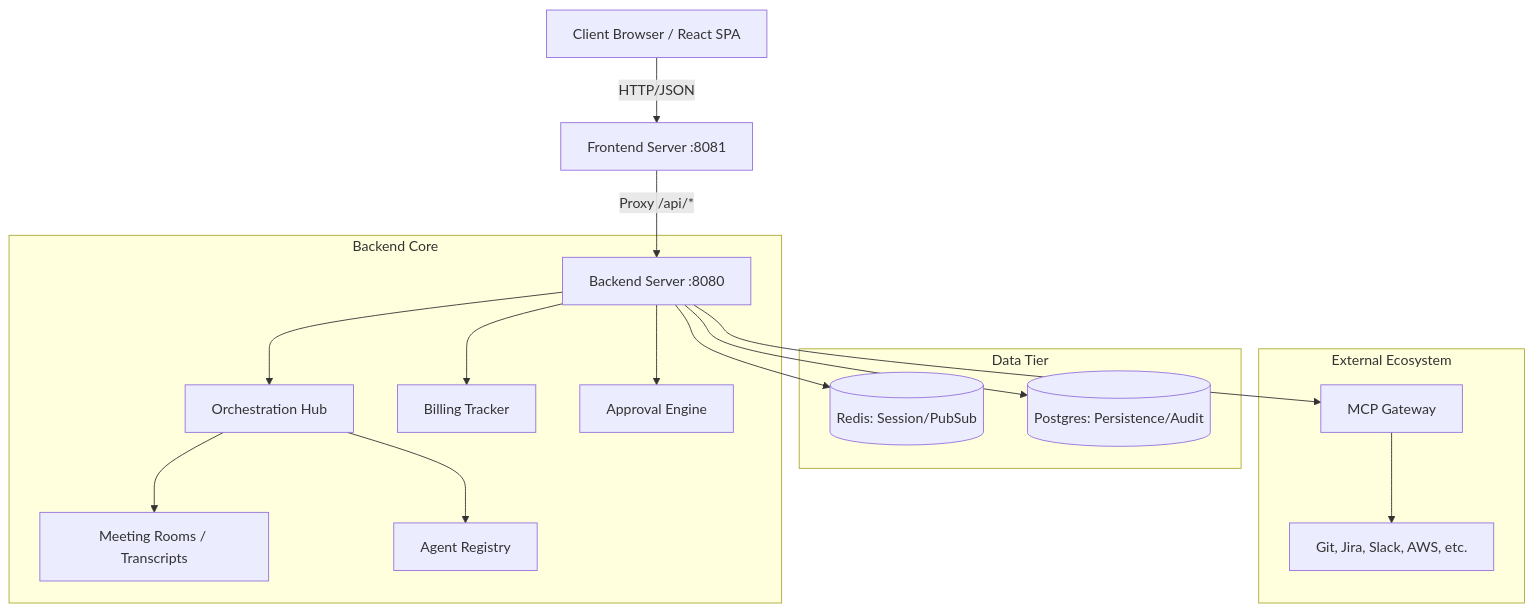
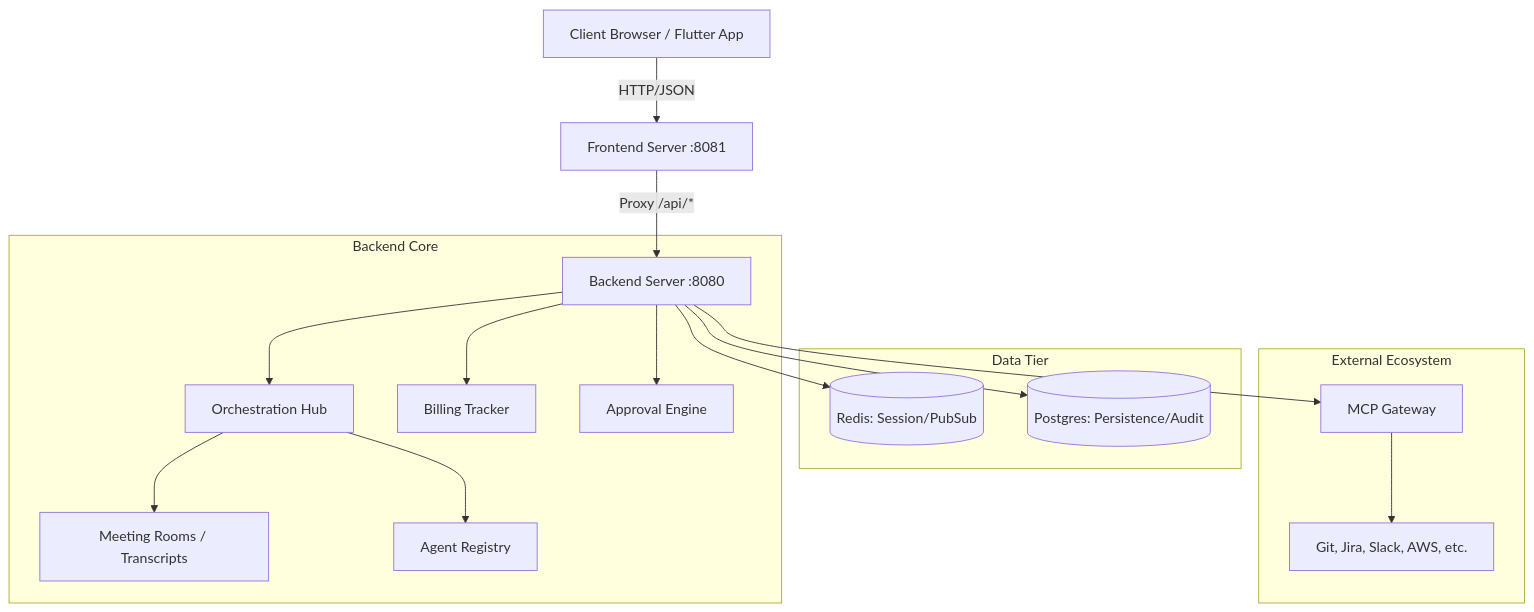
Before and after one commit to onehumancorp/mono: the first of 2 diagrams in docs/system-design.md, drawn with Mermaid. The commit also changed 39 other files, not shown here.

````diff
--- a/docs/system-design.md
+++ b/docs/system-design.md
@@ -30,23 +30,23 @@
 ```mermaid
 graph TD
-    Client[Client Browser / React SPA] -->|HTTP/JSON| FE[Frontend Server :8081]
+    Client[Client Browser / Flutter App] -->|HTTP/JSON| FE[Frontend Server :8081]
     FE -->|Proxy /api/*| BE[Backend Server :8080]
     
     subgraph "Backend Core"
         BE --> Hub[Orchestration Hub]
         BE --> Billing[Billing Tracker]
         BE --> Approval[Approval Engine]
         Hub --> Meetings[Meeting Rooms / Transcripts]
         Hub --> Registry[Agent Registry]
     end
 
     subgraph "Data Tier"
         BE --> Redis[(Redis: Session/PubSub)]
         BE --> DB[(Postgres: Persistence/Audit)]
     end
 
     subgraph "External Ecosystem"
         BE --> MCP[MCP Gateway]
         MCP --> Tools[Git, Jira, Slack, AWS, etc.]
     end
 ```
````
